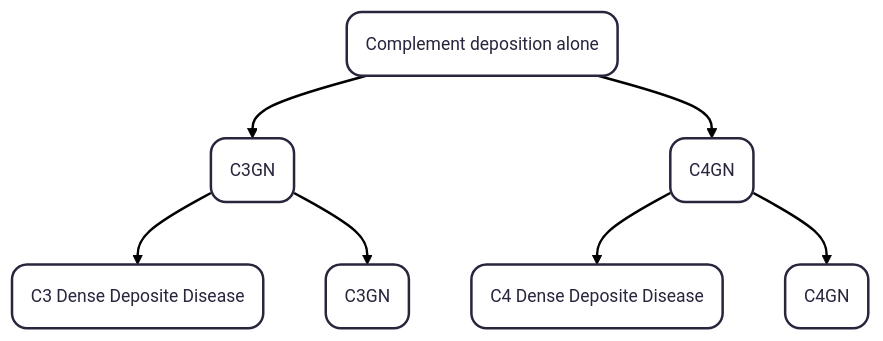
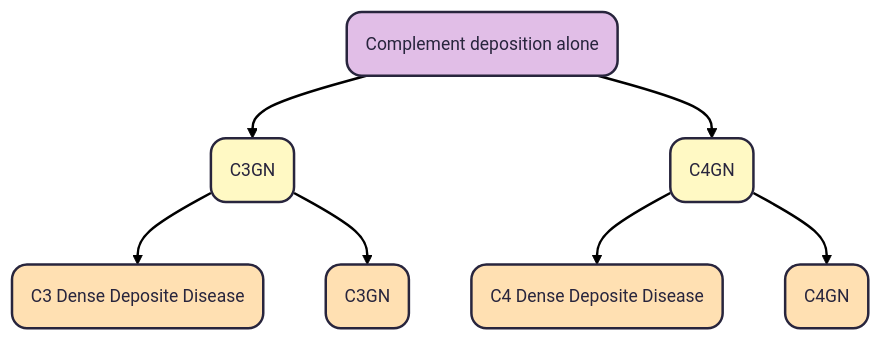
Before and after one commit to TTUNEPH2025/GN: the third of 5 diagrams in docs/MPGN-C3GN.md, drawn with Mermaid.

````diff
--- a/docs/MPGN-C3GN.md
+++ b/docs/MPGN-C3GN.md
@@ -96,18 +96,25 @@
 ```mermaid
 ---
 config:
   theme: redux
 ---
 flowchart TB
     n3["Complement deposition alone"] --> n8["C3GN"] & n9["C4GN"]
     n8 --> n14["C3 Dense Deposite Disease"] & n15["C3GN"]
     n9 --> n16["C4 Dense Deposite Disease"] & n17["C4GN"]
 
     n3@{ shape: rounded}
     n8@{ shape: rounded}
     n9@{ shape: rounded}
     n14@{ shape: rounded}
     n15@{ shape: rounded}
     n16@{ shape: rounded}
     n17@{ shape: rounded}
+    style n3 fill:#E1BEE7
+    style n8 fill:#FFF9C4
+    style n9 fill:#FFF9C4
+    style n14 fill:#FFE0B2
+    style n15 fill:#FFE0B2
+    style n16 fill:#FFE0B2
+    style n17 fill:#FFE0B2
 ```
````
